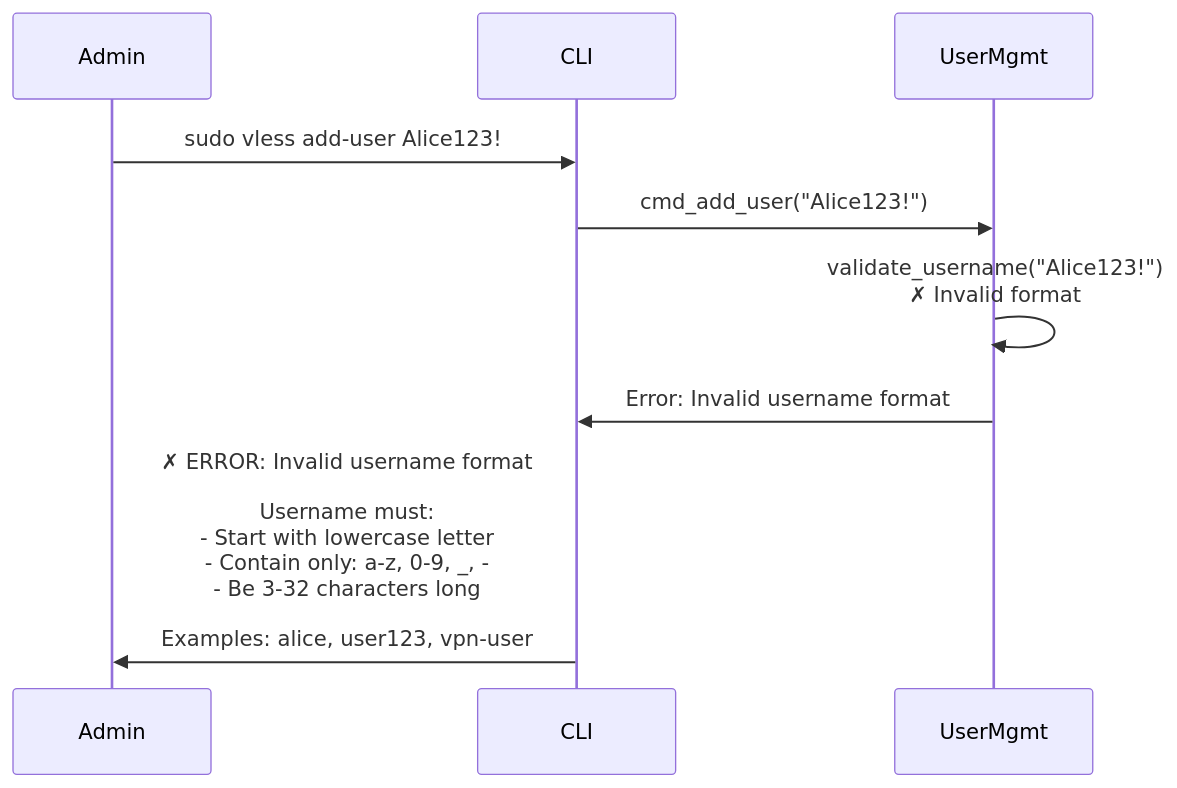
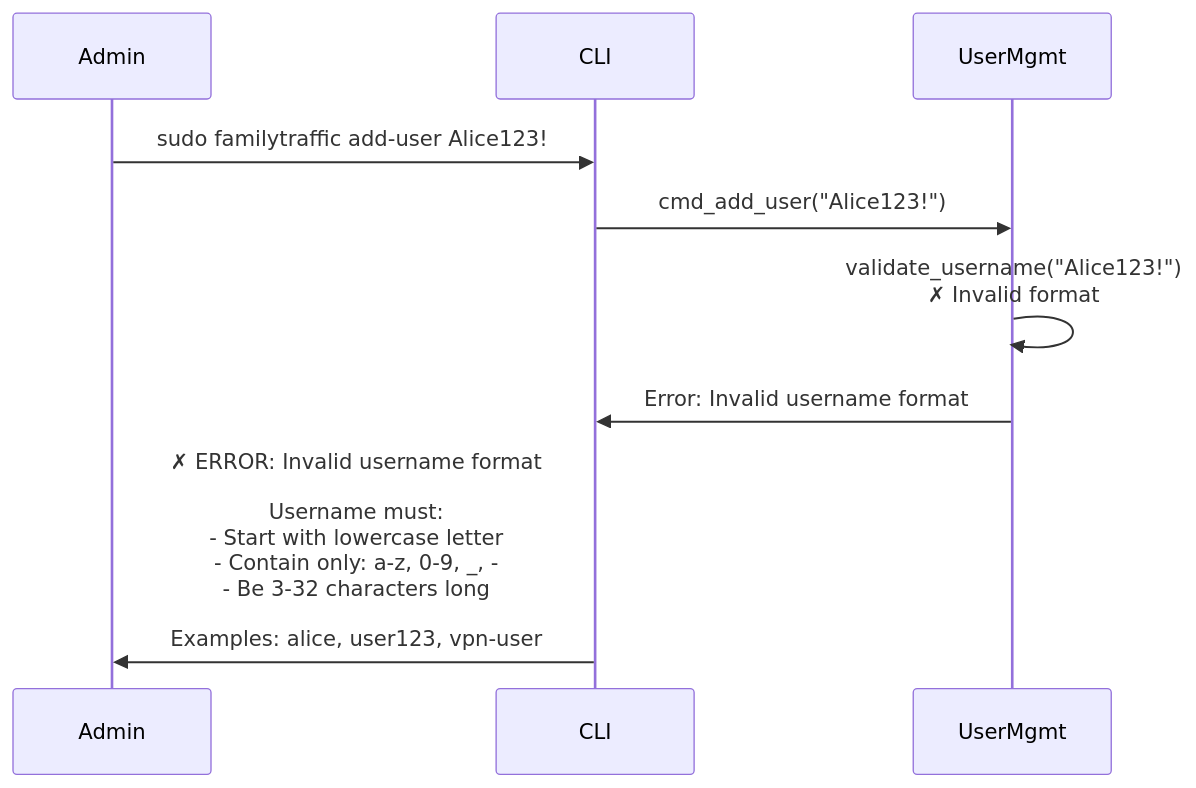
The fourth of 8 diagrams in docs/architecture/diagrams/sequences/user-management.md (ikeniborn/vless), drawn with Mermaid before and after one commit. The commit also changed other lines of this file and 66 other files, not shown here.

First line of the commit message:
refactor(rename): replace old project name 'vless' with 'familytraffic'

````diff
--- a/docs/architecture/diagrams/sequences/user-management.md
+++ b/docs/architecture/diagrams/sequences/user-management.md
@@ -207,13 +207,13 @@
 ```mermaid
 sequenceDiagram
     participant Admin
     participant CLI
     participant UserMgmt
 
-    Admin->>CLI: sudo vless add-user Alice123!
+    Admin->>CLI: sudo familytraffic add-user Alice123!
     CLI->>UserMgmt: cmd_add_user("Alice123!")
     UserMgmt->>UserMgmt: validate_username("Alice123!")<br/>✗ Invalid format
 
     UserMgmt->>CLI: Error: Invalid username format
     CLI->>Admin: ✗ ERROR: Invalid username format<br/><br/>Username must:<br/> - Start with lowercase letter<br/> - Contain only: a-z, 0-9, _, -<br/> - Be 3-32 characters long<br/><br/>Examples: alice, user123, vpn-user
 ```
````
